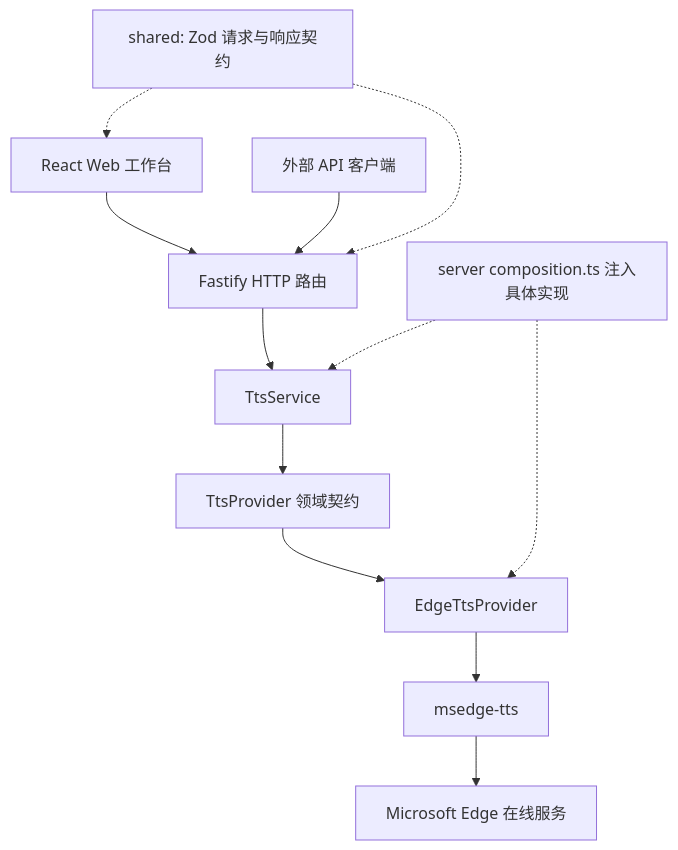
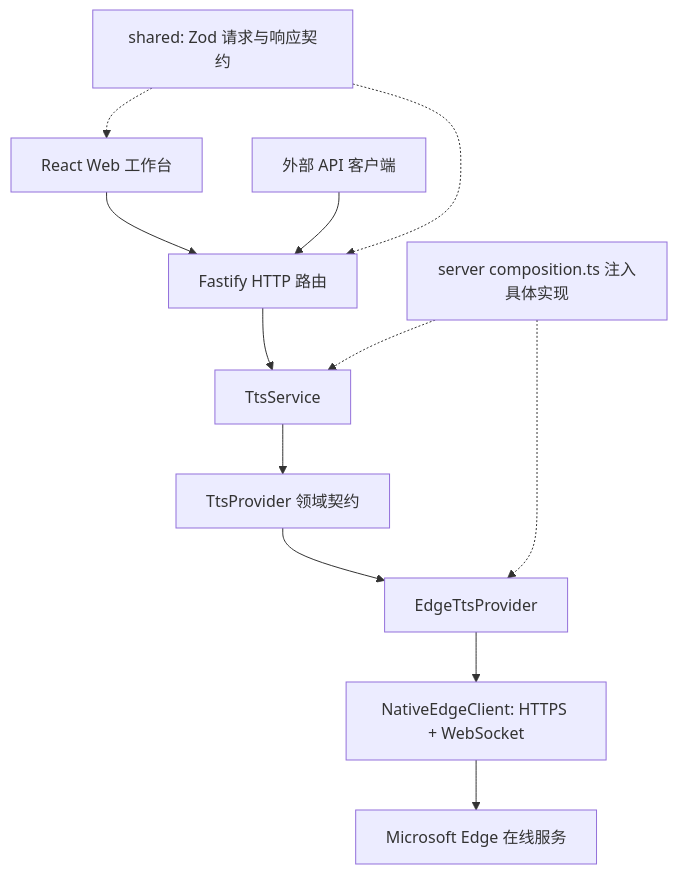
Before and after one commit to DejavuMoe/edgeTTS: the diagram in README.zh-CN.md, drawn with Mermaid. The commit also changed 23 other files, not shown here.

First line of the commit message:
fix(provider): replace msedge-tts with native v2 client

````diff
--- a/README.zh-CN.md
+++ b/README.zh-CN.md
@@ -126,14 +126,14 @@
 ```mermaid
 flowchart TD
   UI["React Web 工作台"] --> HTTP["Fastify HTTP 路由"]
   Client["外部 API 客户端"] --> HTTP
   HTTP --> Service[TtsService]
   Service --> Port["TtsProvider 领域契约"]
   Port --> Edge[EdgeTtsProvider]
-  Edge --> Library[msedge-tts]
-  Library --> Microsoft["Microsoft Edge 在线服务"]
+  Edge --> Protocol["NativeEdgeClient: HTTPS + WebSocket"]
+  Protocol --> Microsoft["Microsoft Edge 在线服务"]
   Shared["shared: Zod 请求与响应契约"] -.-> UI
   Shared -.-> HTTP
   Composition["server composition.ts 注入具体实现"] -.-> Service
   Composition -.-> Edge
 ```
````
